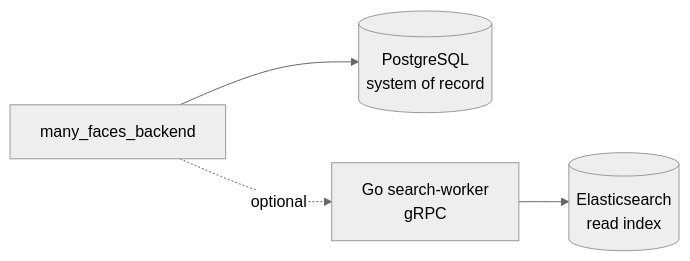
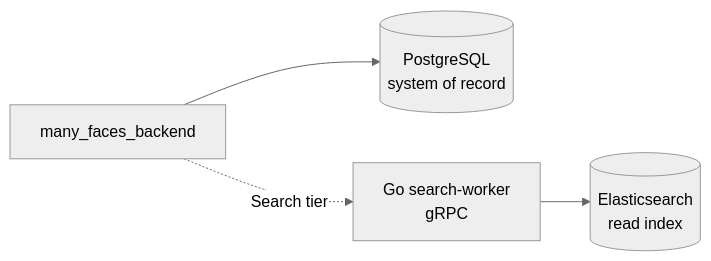
Before and after one commit to 01laky/mfai_demo: the fourth of 13 diagrams in README.md, drawn with Mermaid (neutral theme). The commit also changed other lines of this file and 18 other files, not shown here.

First line of the commit message:
docs+ci: dev stack contracts, guides, Mermaid, and verify script

````diff
--- a/README.md
+++ b/README.md
@@ -152,11 +152,11 @@
 ```mermaid
 flowchart LR
     pg[(PostgreSQL<br/>system of record)]
     es[(Elasticsearch<br/>read index)]
     sw2[Go search-worker<br/>gRPC]
     be2[many_faces_backend]
 
     be2 --> pg
-    be2 -.->|optional| sw2
+    be2 -.->|Search tier| sw2
     sw2 --> es
 ```
````
